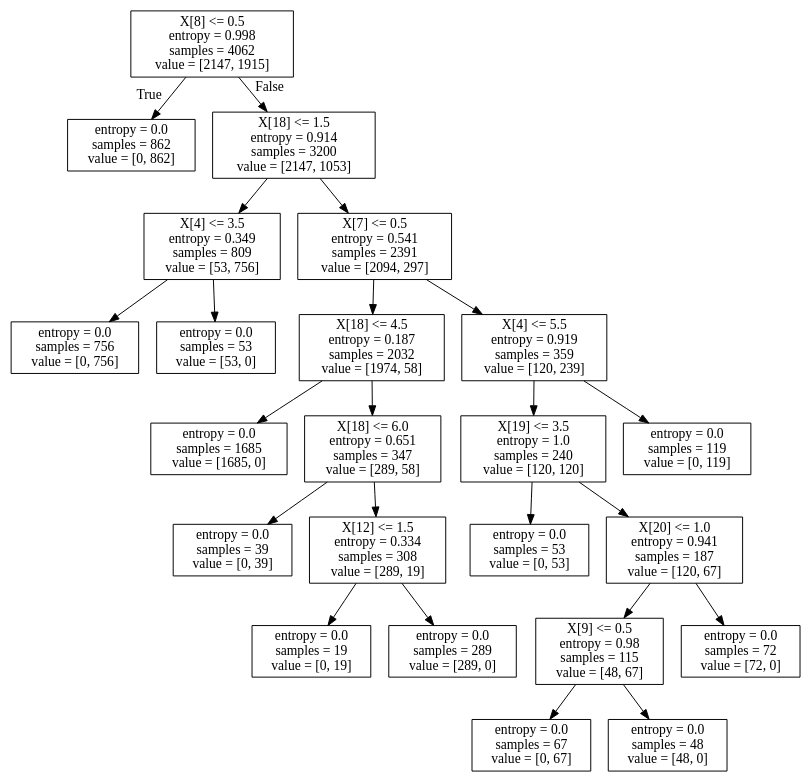
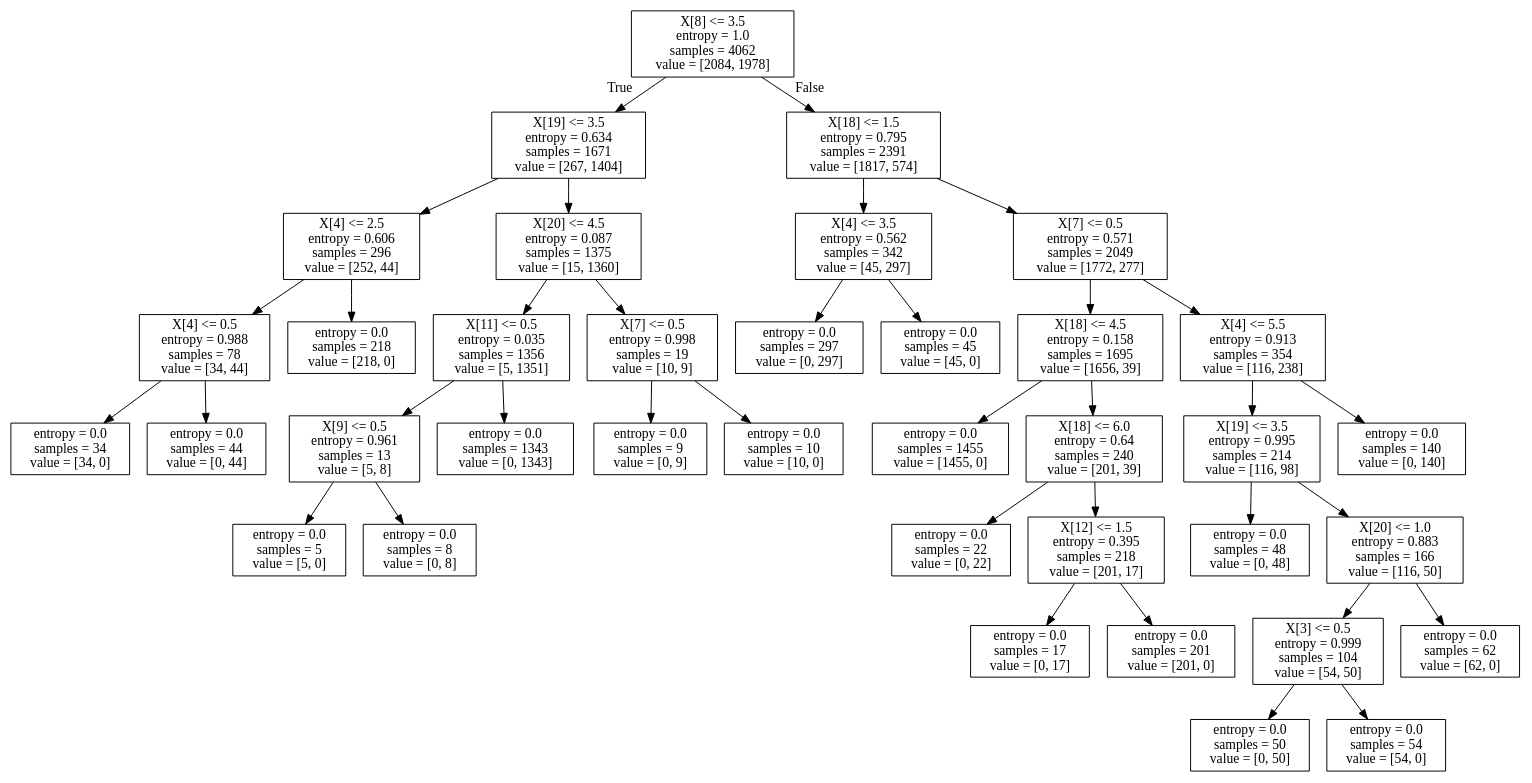
The diagram in list5/mushroom.dot (iloscnd/data-mining), drawn with Graphviz before and after one commit. The commit also changed 9 other files, not shown here.

```diff
--- a/list5/mushroom.dot
+++ b/list5/mushroom.dot
@@ -1,48 +1,76 @@
 digraph Tree {
 node [shape=box] ;
-0 [label="X[8] <= 0.5\nentropy = 0.998\nsamples = 4062\nvalue = [2147, 1915]"] ;
-1 [label="entropy = 0.0\nsamples = 862\nvalue = [0, 862]"] ;
+0 [label="X[8] <= 3.5\nentropy = 1.0\nsamples = 4062\nvalue = [2084, 1978]"] ;
+1 [label="X[19] <= 3.5\nentropy = 0.634\nsamples = 1671\nvalue = [267, 1404]"] ;
 0 -> 1 [labeldistance=2.5, labelangle=45, headlabel="True"] ;
-2 [label="X[18] <= 1.5\nentropy = 0.914\nsamples = 3200\nvalue = [2147, 1053]"] ;
-0 -> 2 [labeldistance=2.5, labelangle=-45, headlabel="False"] ;
-3 [label="X[4] <= 3.5\nentropy = 0.349\nsamples = 809\nvalue = [53, 756]"] ;
+2 [label="X[4] <= 2.5\nentropy = 0.606\nsamples = 296\nvalue = [252, 44]"] ;
+1 -> 2 ;
+3 [label="X[4] <= 0.5\nentropy = 0.988\nsamples = 78\nvalue = [34, 44]"] ;
 2 -> 3 ;
-4 [label="entropy = 0.0\nsamples = 756\nvalue = [0, 756]"] ;
+4 [label="entropy = 0.0\nsamples = 34\nvalue = [34, 0]"] ;
 3 -> 4 ;
-5 [label="entropy = 0.0\nsamples = 53\nvalue = [53, 0]"] ;
+5 [label="entropy = 0.0\nsamples = 44\nvalue = [0, 44]"] ;
 3 -> 5 ;
-6 [label="X[7] <= 0.5\nentropy = 0.541\nsamples = 2391\nvalue = [2094, 297]"] ;
+6 [label="entropy = 0.0\nsamples = 218\nvalue = [218, 0]"] ;
 2 -> 6 ;
-7 [label="X[18] <= 4.5\nentropy = 0.187\nsamples = 2032\nvalue = [1974, 58]"] ;
-6 -> 7 ;
-8 [label="entropy = 0.0\nsamples = 1685\nvalue = [1685, 0]"] ;
+7 [label="X[20] <= 4.5\nentropy = 0.087\nsamples = 1375\nvalue = [15, 1360]"] ;
+1 -> 7 ;
+8 [label="X[11] <= 0.5\nentropy = 0.035\nsamples = 1356\nvalue = [5, 1351]"] ;
 7 -> 8 ;
-9 [label="X[18] <= 6.0\nentropy = 0.651\nsamples = 347\nvalue = [289, 58]"] ;
-7 -> 9 ;
-10 [label="entropy = 0.0\nsamples = 39\nvalue = [0, 39]"] ;
+9 [label="X[9] <= 0.5\nentropy = 0.961\nsamples = 13\nvalue = [5, 8]"] ;
+8 -> 9 ;
+10 [label="entropy = 0.0\nsamples = 5\nvalue = [5, 0]"] ;
 9 -> 10 ;
-11 [label="X[12] <= 1.5\nentropy = 0.334\nsamples = 308\nvalue = [289, 19]"] ;
+11 [label="entropy = 0.0\nsamples = 8\nvalue = [0, 8]"] ;
 9 -> 11 ;
-12 [label="entropy = 0.0\nsamples = 19\nvalue = [0, 19]"] ;
-11 -> 12 ;
-13 [label="entropy = 0.0\nsamples = 289\nvalue = [289, 0]"] ;
-11 -> 13 ;
-14 [label="X[4] <= 5.5\nentropy = 0.919\nsamples = 359\nvalue = [120, 239]"] ;
-6 -> 14 ;
-15 [label="X[19] <= 3.5\nentropy = 1.0\nsamples = 240\nvalue = [120, 120]"] ;
-14 -> 15 ;
-16 [label="entropy = 0.0\nsamples = 53\nvalue = [0, 53]"] ;
-15 -> 16 ;
-17 [label="X[20] <= 1.0\nentropy = 0.941\nsamples = 187\nvalue = [120, 67]"] ;
-15 -> 17 ;
-18 [label="X[9] <= 0.5\nentropy = 0.98\nsamples = 115\nvalue = [48, 67]"] ;
+12 [label="entropy = 0.0\nsamples = 1343\nvalue = [0, 1343]"] ;
+8 -> 12 ;
+13 [label="X[7] <= 0.5\nentropy = 0.998\nsamples = 19\nvalue = [10, 9]"] ;
+7 -> 13 ;
+14 [label="entropy = 0.0\nsamples = 9\nvalue = [0, 9]"] ;
+13 -> 14 ;
+15 [label="entropy = 0.0\nsamples = 10\nvalue = [10, 0]"] ;
+13 -> 15 ;
+16 [label="X[18] <= 1.5\nentropy = 0.795\nsamples = 2391\nvalue = [1817, 574]"] ;
+0 -> 16 [labeldistance=2.5, labelangle=-45, headlabel="False"] ;
+17 [label="X[4] <= 3.5\nentropy = 0.562\nsamples = 342\nvalue = [45, 297]"] ;
+16 -> 17 ;
+18 [label="entropy = 0.0\nsamples = 297\nvalue = [0, 297]"] ;
 17 -> 18 ;
-19 [label="entropy = 0.0\nsamples = 67\nvalue = [0, 67]"] ;
-18 -> 19 ;
-20 [label="entropy = 0.0\nsamples = 48\nvalue = [48, 0]"] ;
-18 -> 20 ;
-21 [label="entropy = 0.0\nsamples = 72\nvalue = [72, 0]"] ;
-17 -> 21 ;
-22 [label="entropy = 0.0\nsamples = 119\nvalue = [0, 119]"] ;
-14 -> 22 ;
+19 [label="entropy = 0.0\nsamples = 45\nvalue = [45, 0]"] ;
+17 -> 19 ;
+20 [label="X[7] <= 0.5\nentropy = 0.571\nsamples = 2049\nvalue = [1772, 277]"] ;
+16 -> 20 ;
+21 [label="X[18] <= 4.5\nentropy = 0.158\nsamples = 1695\nvalue = [1656, 39]"] ;
+20 -> 21 ;
+22 [label="entropy = 0.0\nsamples = 1455\nvalue = [1455, 0]"] ;
+21 -> 22 ;
+23 [label="X[18] <= 6.0\nentropy = 0.64\nsamples = 240\nvalue = [201, 39]"] ;
+21 -> 23 ;
+24 [label="entropy = 0.0\nsamples = 22\nvalue = [0, 22]"] ;
+23 -> 24 ;
+25 [label="X[12] <= 1.5\nentropy = 0.395\nsamples = 218\nvalue = [201, 17]"] ;
+23 -> 25 ;
+26 [label="entropy = 0.0\nsamples = 17\nvalue = [0, 17]"] ;
+25 -> 26 ;
+27 [label="entropy = 0.0\nsamples = 201\nvalue = [201, 0]"] ;
+25 -> 27 ;
+28 [label="X[4] <= 5.5\nentropy = 0.913\nsamples = 354\nvalue = [116, 238]"] ;
+20 -> 28 ;
+29 [label="X[19] <= 3.5\nentropy = 0.995\nsamples = 214\nvalue = [116, 98]"] ;
+28 -> 29 ;
+30 [label="entropy = 0.0\nsamples = 48\nvalue = [0, 48]"] ;
+29 -> 30 ;
+31 [label="X[20] <= 1.0\nentropy = 0.883\nsamples = 166\nvalue = [116, 50]"] ;
+29 -> 31 ;
+32 [label="X[3] <= 0.5\nentropy = 0.999\nsamples = 104\nvalue = [54, 50]"] ;
+31 -> 32 ;
+33 [label="entropy = 0.0\nsamples = 50\nvalue = [0, 50]"] ;
+32 -> 33 ;
+34 [label="entropy = 0.0\nsamples = 54\nvalue = [54, 0]"] ;
+32 -> 34 ;
+35 [label="entropy = 0.0\nsamples = 62\nvalue = [62, 0]"] ;
+31 -> 35 ;
+36 [label="entropy = 0.0\nsamples = 140\nvalue = [0, 140]"] ;
+28 -> 36 ;
 }
```
